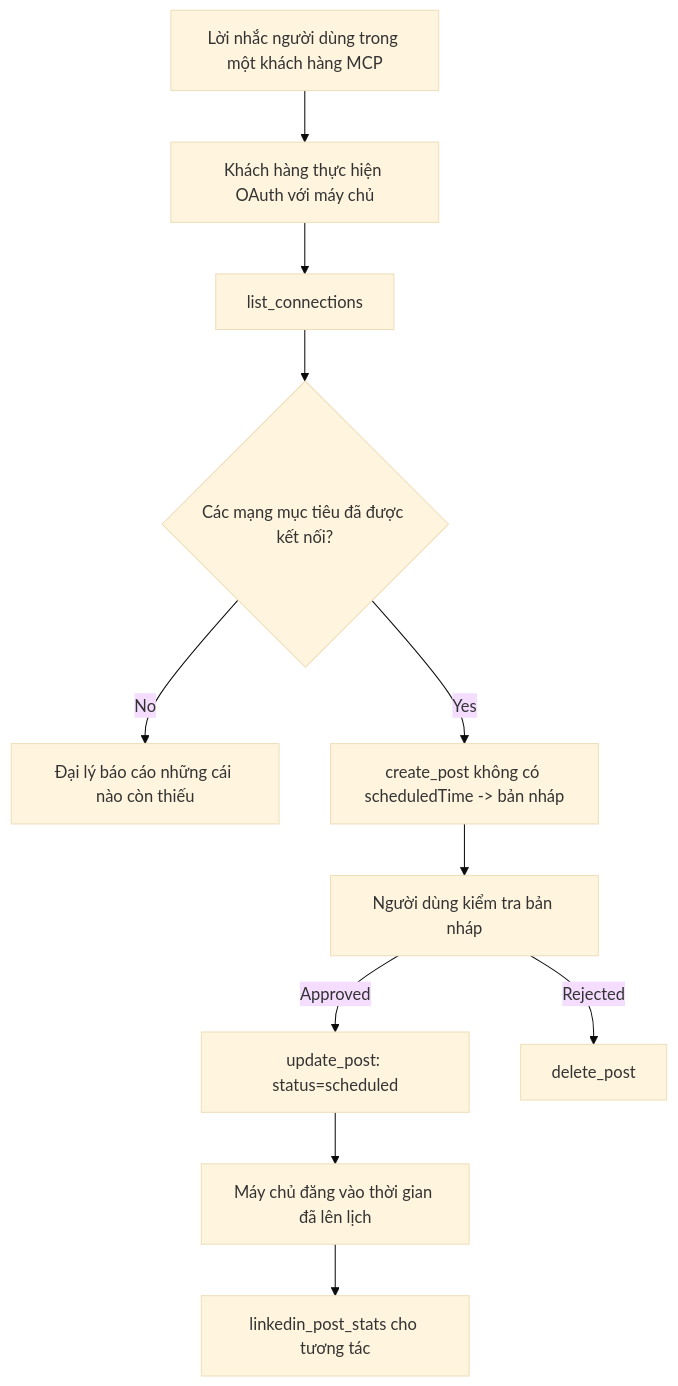
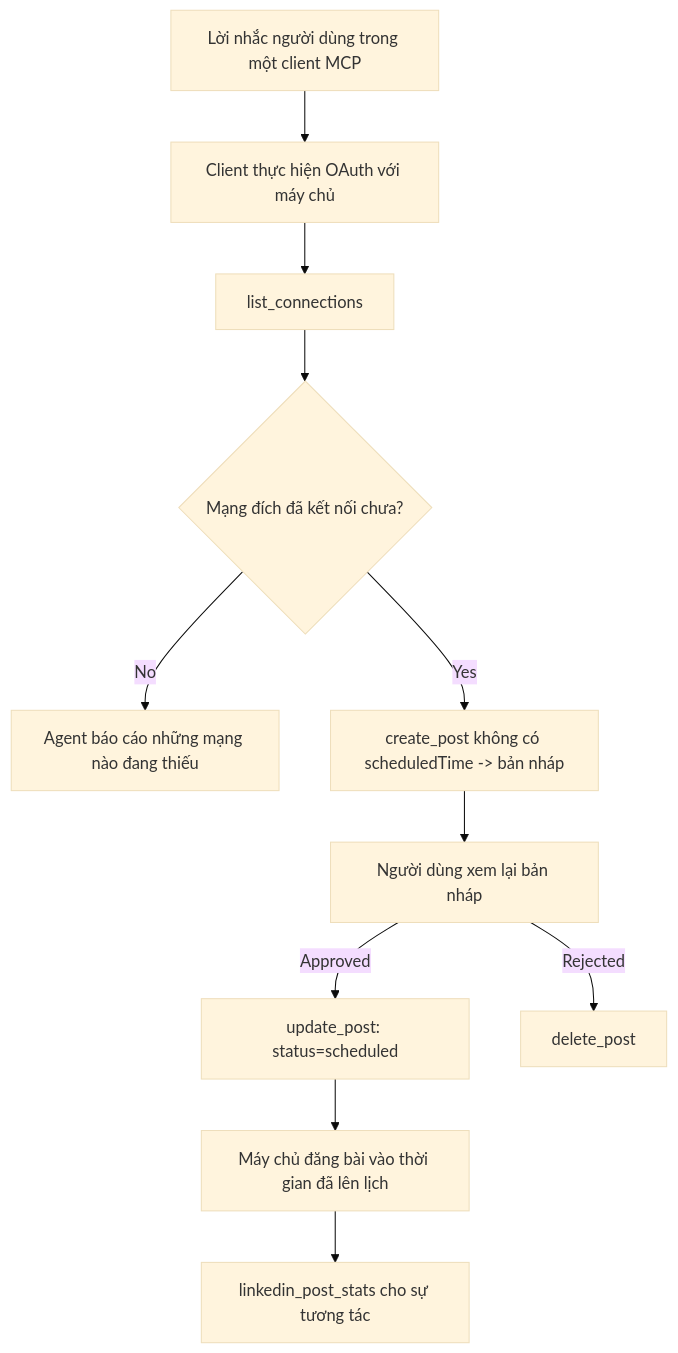
The diagram in translations/vi/09-CaseStudy/publora-social-publishing.md (microsoft/mcp-for-beginners), drawn with Mermaid (base theme) before and after one commit. The commit also changed other lines of this file and 139 other files, not shown here.

````diff
--- a/translations/vi/09-CaseStudy/publora-social-publishing.md
+++ b/translations/vi/09-CaseStudy/publora-social-publishing.md
@@ -47,13 +47,13 @@
 ```mermaid
 flowchart TD
-    A[Lời nhắc người dùng trong một khách hàng MCP] --> B[Khách hàng thực hiện OAuth với máy chủ]
+    A[Lời nhắc người dùng trong một client MCP] --> B[Client thực hiện OAuth với máy chủ]
     B --> C[list_connections]
-    C --> D{Các mạng mục tiêu đã được kết nối?}
-    D -- No --> E[Đại lý báo cáo những cái nào còn thiếu]
+    C --> D{Mạng đích đã kết nối chưa?}
+    D -- No --> E[Agent báo cáo những mạng nào đang thiếu]
     D -- Yes --> F[create_post không có scheduledTime -> bản nháp]
-    F --> G[Người dùng kiểm tra bản nháp]
+    F --> G[Người dùng xem lại bản nháp]
     G -- Approved --> H[update_post: status=scheduled]
     G -- Rejected --> I[delete_post]
-    H --> J[Máy chủ đăng vào thời gian đã lên lịch]
-    J --> K[linkedin_post_stats cho tương tác]
+    H --> J[Máy chủ đăng bài vào thời gian đã lên lịch]
+    J --> K[linkedin_post_stats cho sự tương tác]
 ```
````
